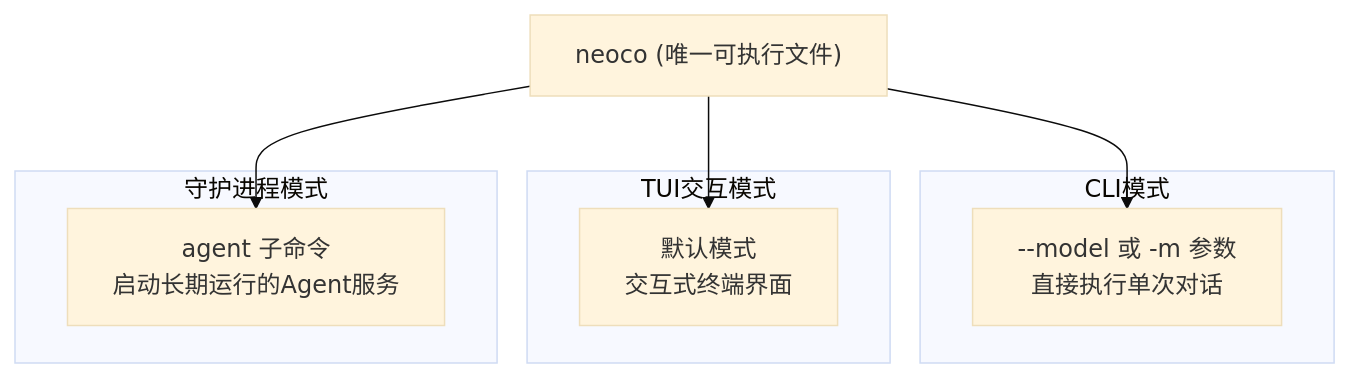
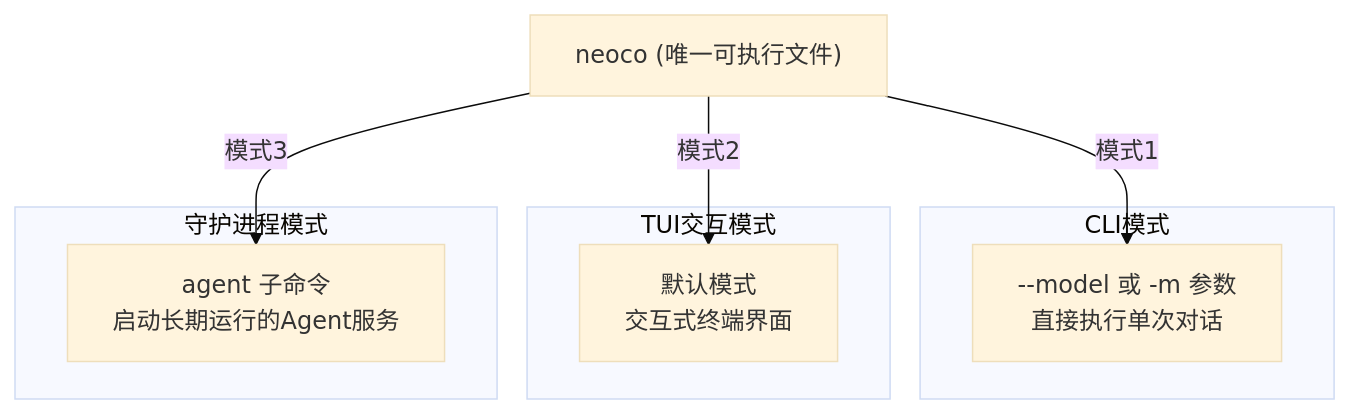
The fourth of 18 diagrams in progress/TECH.md (MiyakoMeow/neco), drawn with Mermaid (base theme) before and after one commit. The commit also changed other lines of this file, not shown here.

````diff
--- a/progress/TECH.md
+++ b/progress/TECH.md
@@ -166,20 +166,20 @@
 ```mermaid
 graph TB
     neoco["neoco (唯一可执行文件)"]
     
     subgraph "CLI模式"
         CLI["--model 或 -m 参数<br/>直接执行单次对话"]
     end
     
     subgraph "TUI交互模式"
         TUI["默认模式<br/>交互式终端界面"]
     end
     
     subgraph "守护进程模式"
         Daemon["agent 子命令<br/>启动长期运行的Agent服务"]
     end
     
-    neoco --> CLI
-    neoco --> TUI
-    neoco --> Daemon
+    neoco -->|模式1| CLI
+    neoco -->|模式2| TUI
+    neoco -->|模式3| Daemon
 ```
````
